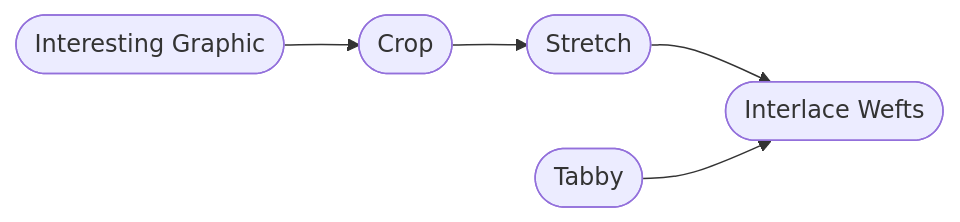
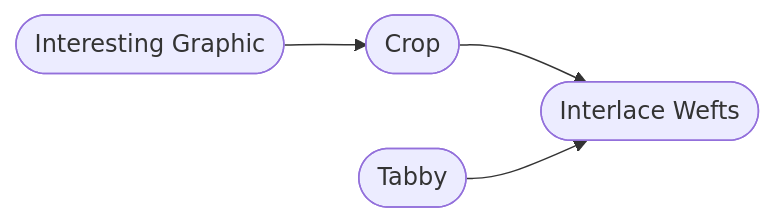
Before and after one commit to UnstableDesign/AdaCAD: the second of 4 diagrams in projects/docs/docs/learn/tutorials/draft-as-graphic.md, drawn with Mermaid. The commit also changed other lines of this file and 7 other files, not shown here.

````diff
--- a/projects/docs/docs/learn/tutorials/draft-as-graphic.md
+++ b/projects/docs/docs/learn/tutorials/draft-as-graphic.md
@@ -55,7 +72,6 @@
 ```mermaid
 flowchart LR;
     A([Interesting Graphic]) --> B([Crop])
-    B --> C([Stretch])
-    C --> D([Interlace Wefts])
+    B --> D([Interlace Wefts])
     E([Tabby])-->D
 ```
````
